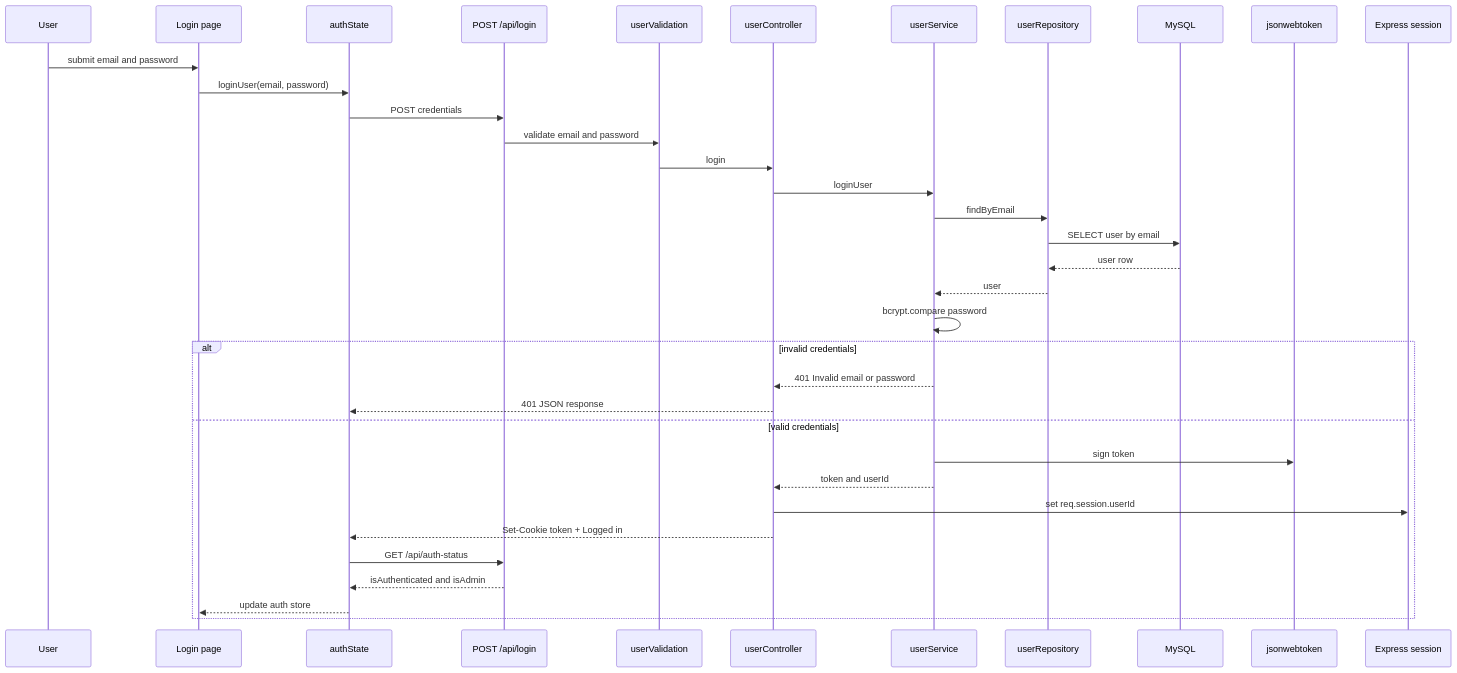
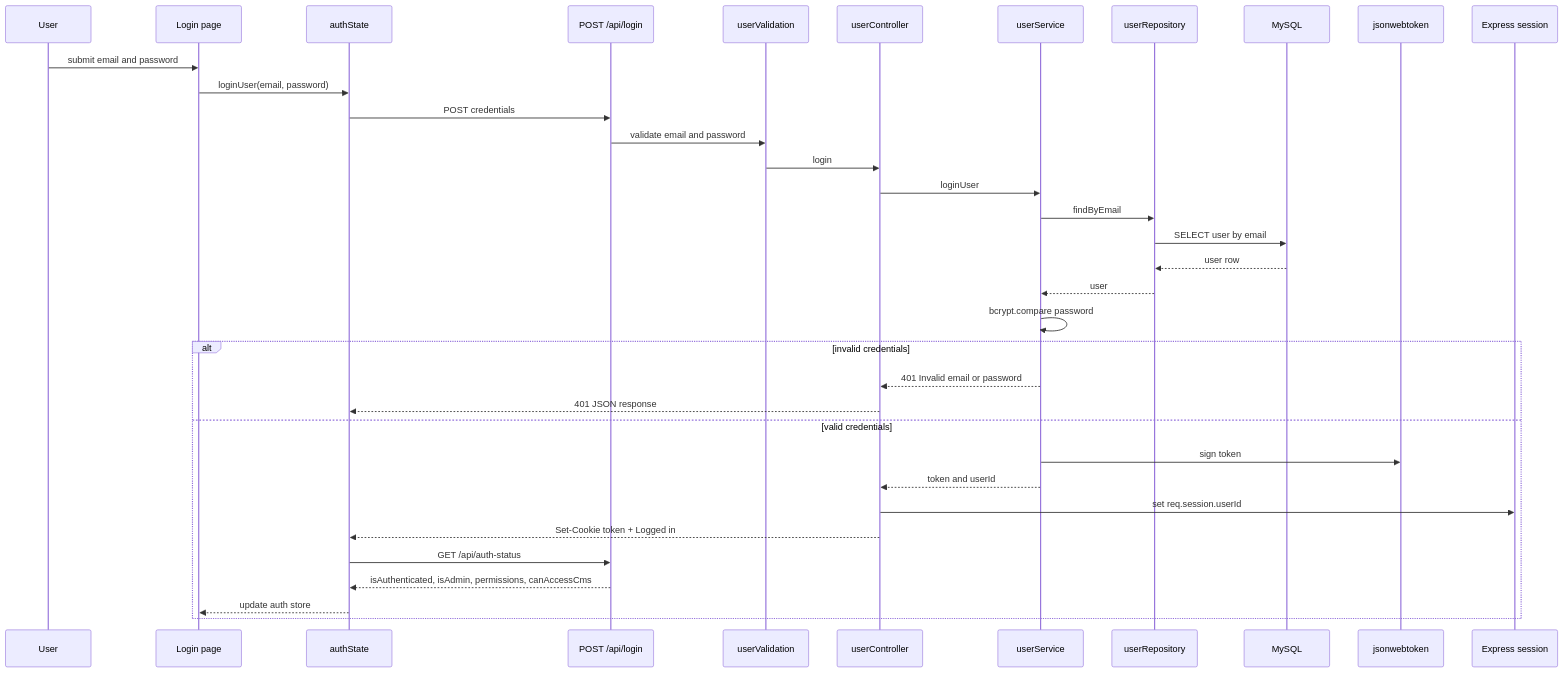
Before and after one commit to besmarques/React-Express-Mysql: the ninth of 11 diagrams in docs/architecture.md, drawn with Mermaid. The commit also changed other lines of this file and 77 other files, not shown here.

````diff
--- a/docs/architecture.md
+++ b/docs/architecture.md
@@ -411,38 +427,38 @@
 ```mermaid
 sequenceDiagram
     participant User as User
     participant Page as Login page
     participant AuthState as authState
     participant API as POST /api/login
     participant Validation as userValidation
     participant Controller as userController
     participant Service as userService
     participant Repo as userRepository
     participant DB as MySQL
     participant JWT as jsonwebtoken
     participant Session as Express session
 
     User->>Page: submit email and password
     Page->>AuthState: loginUser(email, password)
     AuthState->>API: POST credentials
     API->>Validation: validate email and password
     Validation->>Controller: login
     Controller->>Service: loginUser
     Service->>Repo: findByEmail
     Repo->>DB: SELECT user by email
     DB-->>Repo: user row
     Repo-->>Service: user
     Service->>Service: bcrypt.compare password
     alt invalid credentials
         Service-->>Controller: 401 Invalid email or password
         Controller-->>AuthState: 401 JSON response
     else valid credentials
         Service->>JWT: sign token
         Service-->>Controller: token and userId
         Controller->>Session: set req.session.userId
         Controller-->>AuthState: Set-Cookie token + Logged in
         AuthState->>API: GET /api/auth-status
-        API-->>AuthState: isAuthenticated and isAdmin
+        API-->>AuthState: isAuthenticated, isAdmin, permissions, canAccessCms
         AuthState-->>Page: update auth store
     end
 ```
````
